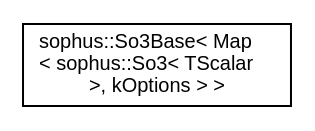
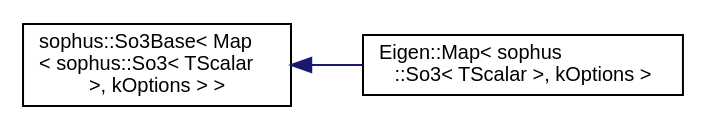
One commit to strasdat/Sophus changed the diagram in latest/_static/inherit_graph_114.dot. Above: the diagram before and after it, drawn with Graphviz. The commit also changed 206 other files, not shown here.

```diff
--- a/latest/_static/inherit_graph_114.dot
+++ b/latest/_static/inherit_graph_114.dot
@@ -1,8 +1,10 @@
 digraph "Graphical Class Hierarchy"
 {
  // LATEX_PDF_SIZE
   edge [fontname="Helvetica",fontsize="10",labelfontname="Helvetica",labelfontsize="10"];
   node [fontname="Helvetica",fontsize="10",shape=record];
   rankdir="LR";
   Node0 [label="sophus::So3Base\< Map\l\< sophus::So3\< TScalar\l \>, kOptions \> \>",height=0.2,width=0.4,color="black", fillcolor="white", style="filled",URL="$classsophus_1_1_so3_base.html",tooltip=" "];
+  Node0 -> Node1 [dir="back",color="midnightblue",fontsize="10",style="solid",fontname="Helvetica"];
+  Node1 [label="Eigen::Map\< sophus\l::So3\< TScalar \>, kOptions \>",height=0.2,width=0.4,color="black", fillcolor="white", style="filled",URL="$class_eigen_1_1_map_3_01sophus_1_1_so3_3_01_t_scalar_01_4_00_01k_options_01_4.html",tooltip="Specialization of Eigen::Map for So3; derived from So3Base."];
 }
```
